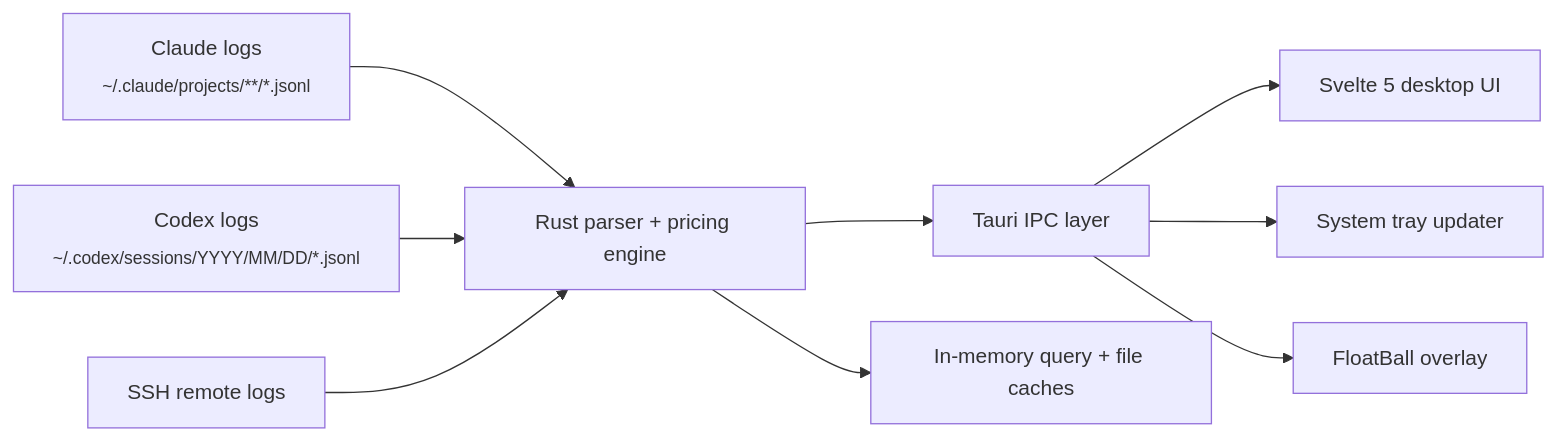
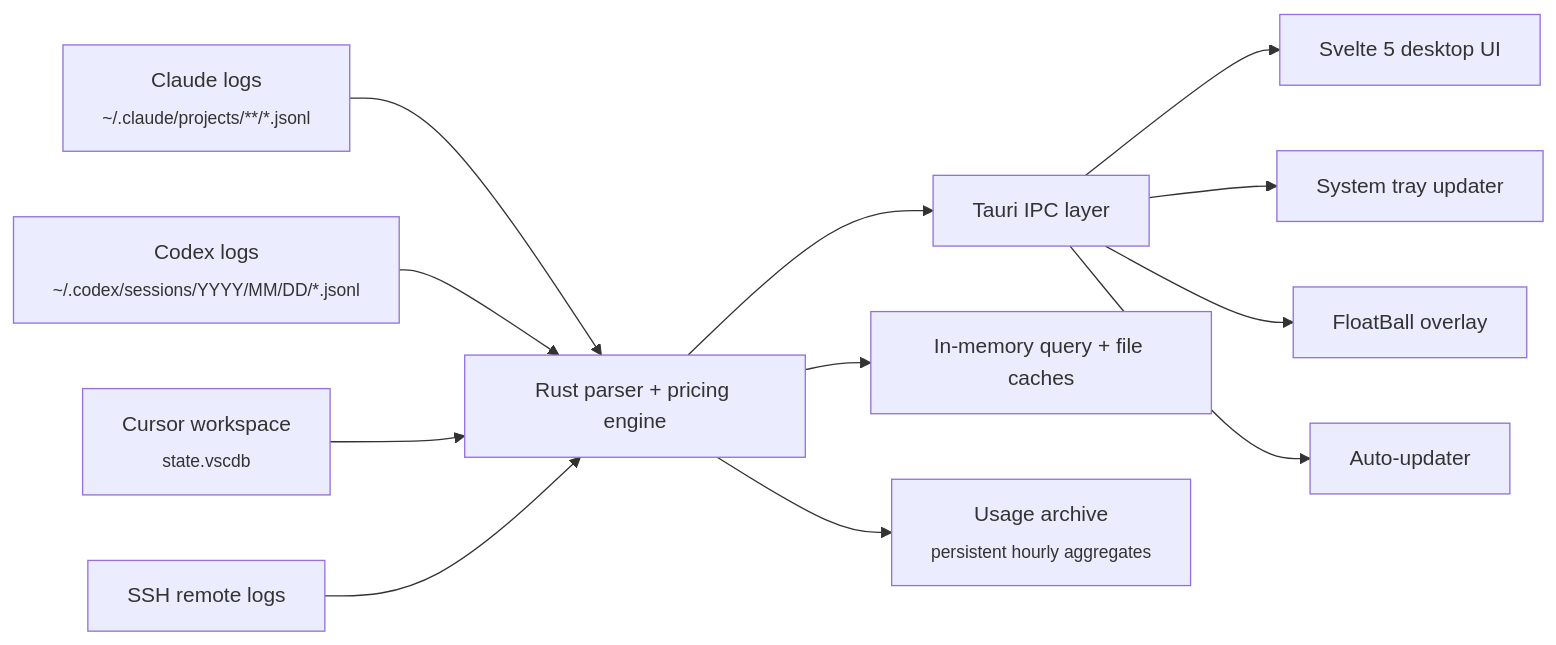
The diagram in README.md (TzJ2006/TokenMonitor), drawn with Mermaid before and after one commit. The commit also changed other lines of this file and 44 other files, not shown here.

````diff
--- a/README.md
+++ b/README.md
@@ -220,11 +240,14 @@
 ```mermaid
 graph LR
     A["Claude logs<br/><sub>~/.claude/projects/**/*.jsonl</sub>"] --> B["Rust parser + pricing engine"]
     D["Codex logs<br/><sub>~/.codex/sessions/YYYY/MM/DD/*.jsonl</sub>"] --> B
+    K["Cursor workspace<br/><sub>state.vscdb</sub>"] --> B
     S["SSH remote logs"] --> B
     B --> C["Tauri IPC layer"]
     C --> E["Svelte 5 desktop UI"]
     C --> F["System tray updater"]
     C --> H["FloatBall overlay"]
+    C --> U["Auto-updater"]
     B --> G["In-memory query + file caches"]
+    B --> AR["Usage archive<br/><sub>persistent hourly aggregates</sub>"]
 ```
````
